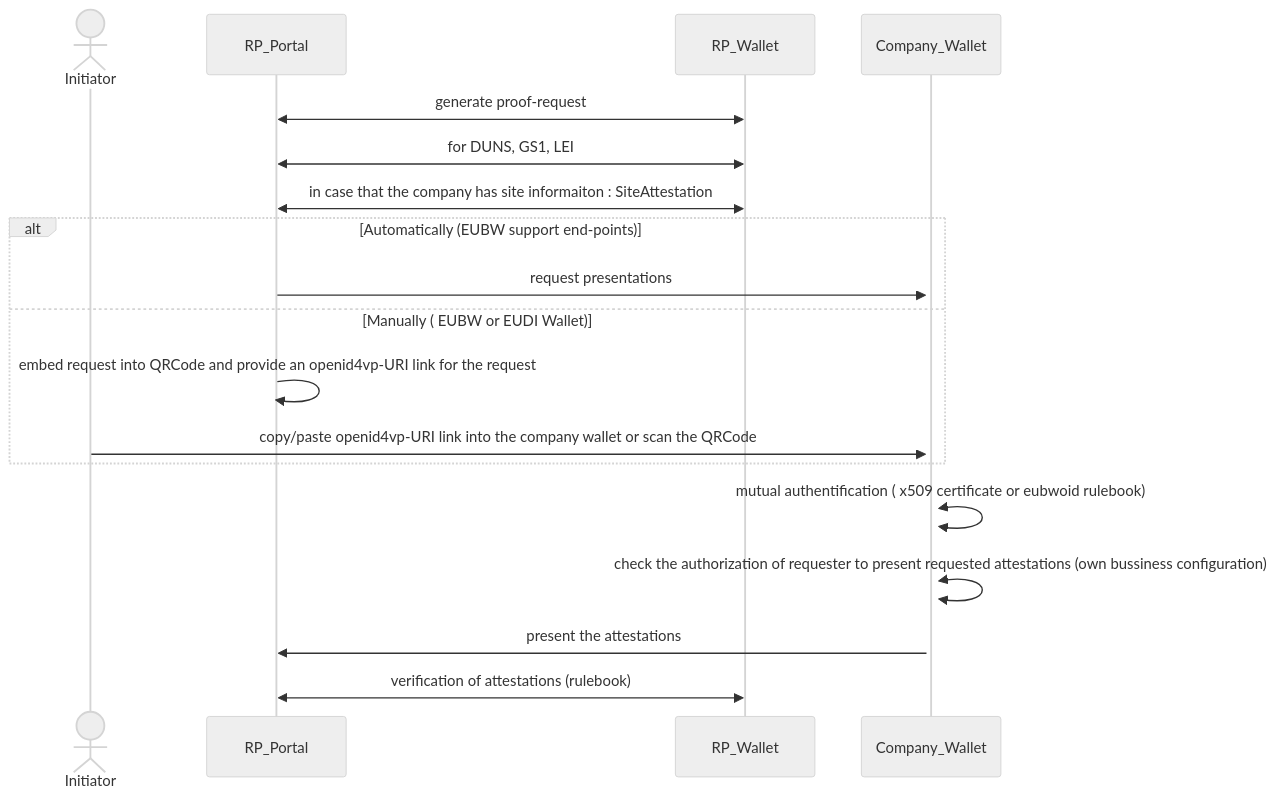
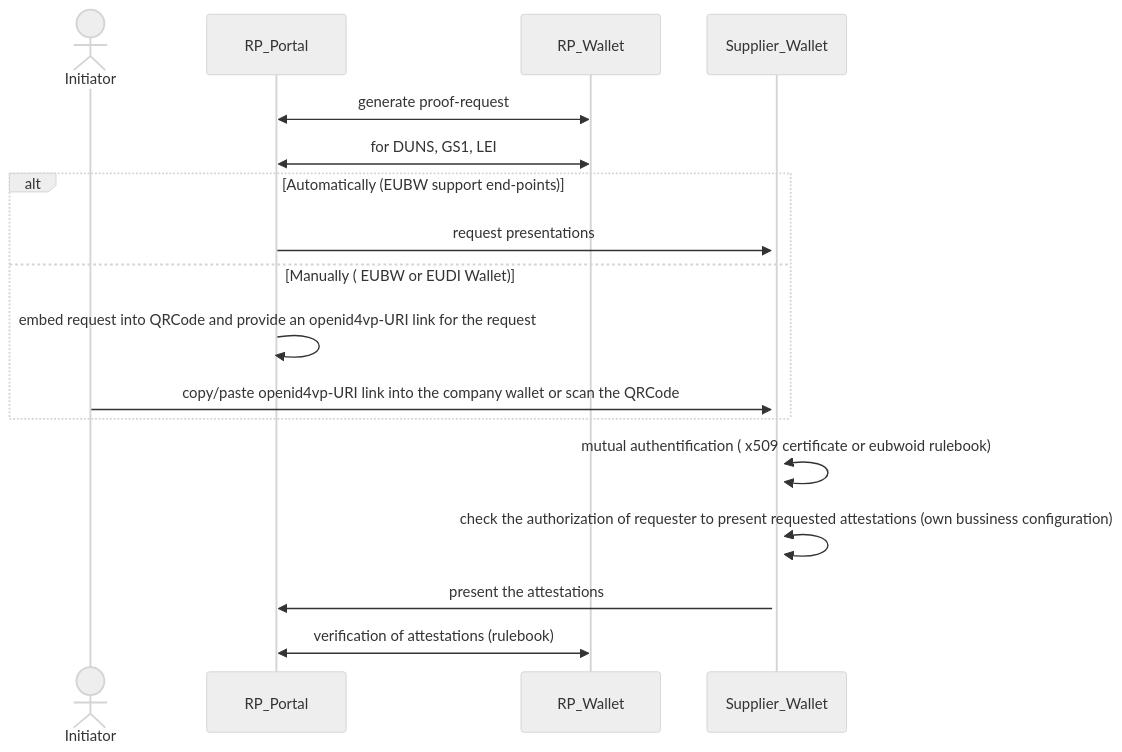
The sixth of 9 diagrams in BU1/BU1_KYS.md (DominicHurni/wp3-technology-standards), drawn with Mermaid (neutral theme) before and after one commit. The commit also changed other lines of this file and 1 other file, not shown here.

````diff
--- a/BU1/BU1_KYS.md
+++ b/BU1/BU1_KYS.md
@@ -140,17 +135,16 @@
 ```mermaid
 sequenceDiagram
     actor Initiator
     RP_Portal<<->>RP_Wallet: generate proof-request
     RP_Portal<<->>RP_Wallet: for DUNS, GS1, LEI 
-    RP_Portal<<->>RP_Wallet: in case that the company has site informaiton : SiteAttestation 
     alt Automatically (EUBW support end-points)
-        RP_Portal->>+Company_Wallet: request presentations
+        RP_Portal->>+Supplier_Wallet: request presentations
     else Manually ( EUBW or EUDI Wallet)
         RP_Portal->>RP_Portal: embed request into QRCode and provide an openid4vp-URI link for the request
-        Initiator->>+Company_Wallet: copy/paste openid4vp-URI link into the company wallet or scan the QRCode
+        Initiator->>+Supplier_Wallet: copy/paste openid4vp-URI link into the company wallet or scan the QRCode
     end                 
-    Company_Wallet<<->>Company_Wallet: mutual authentification ( x509 certificate or eubwoid rulebook)
-    Company_Wallet<<->>Company_Wallet: check the authorization of requester to present requested attestations (own bussiness configuration)
-    Company_Wallet->>RP_Portal: present the attestations
+    Supplier_Wallet<<->>Supplier_Wallet: mutual authentification ( x509 certificate or eubwoid rulebook)
+    Supplier_Wallet<<->>Supplier_Wallet: check the authorization of requester to present requested attestations (own bussiness configuration)
+    Supplier_Wallet->>RP_Portal: present the attestations
     RP_Portal<<->>RP_Wallet: verification of attestations (rulebook)
 ```
````
